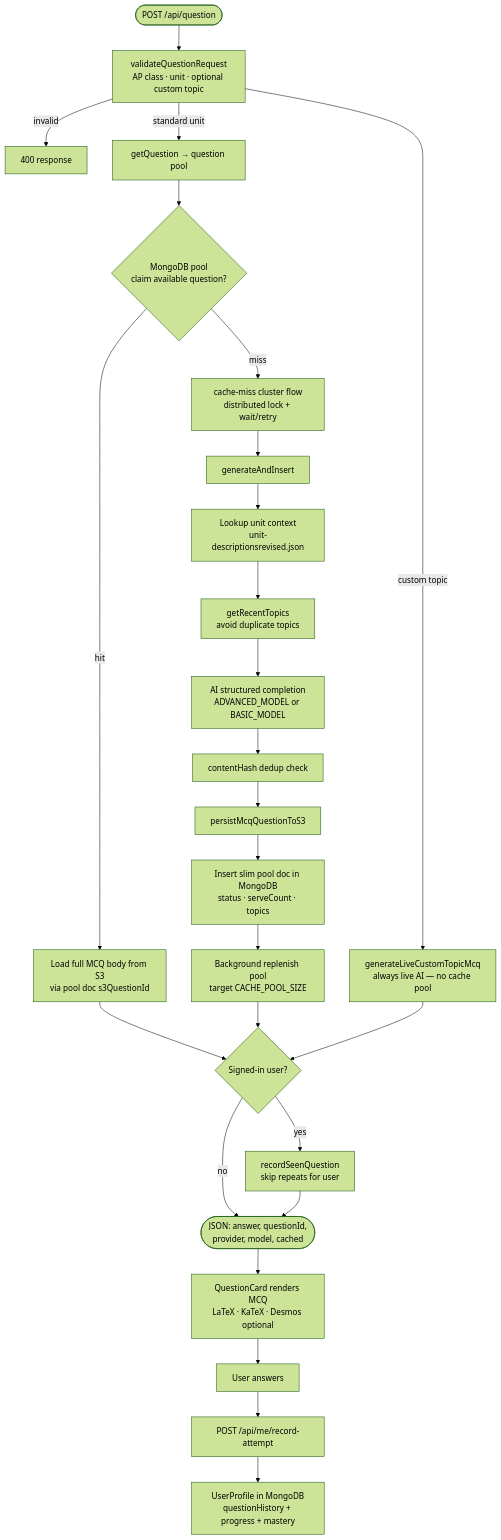
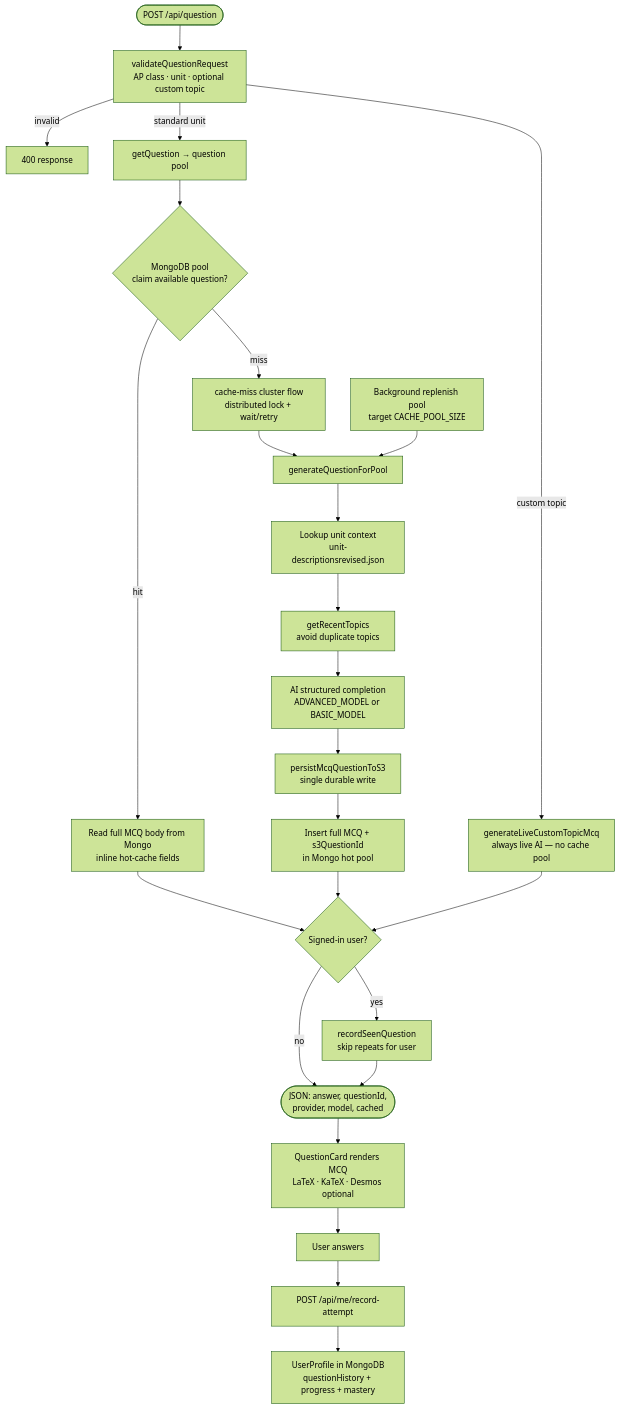
Before and after one commit to 5cisummai/freeappractice: the fourth of 7 diagrams in docs/architecture.md, drawn with Mermaid (forest theme). The commit also changed other lines of this file and 17 other files, not shown here.

````diff
--- a/docs/architecture.md
+++ b/docs/architecture.md
@@ -150,32 +150,31 @@
 ```mermaid
 flowchart TD
     Start(["POST /api/question"]) --> Validate["validateQuestionRequest<br/>AP class · unit · optional custom topic"]
     Validate -->|invalid| Err400["400 response"]
     Validate -->|custom topic| Live["generateLiveCustomTopicMcq<br/>always live AI — no cache pool"]
     Validate -->|standard unit| Pool["getQuestion → question pool"]
 
     Pool --> Claim{"MongoDB pool<br/>claim available question?"}
-    Claim -->|hit| LoadS3["Load full MCQ body from S3<br/>via pool doc s3QuestionId"]
+    Claim -->|hit| LoadInline["Read full MCQ body from Mongo<br/>inline hot-cache fields"]
     Claim -->|miss| MissFlow["cache-miss cluster flow<br/>distributed lock + wait/retry"]
-    MissFlow --> GenInsert["generateAndInsert"]
+    MissFlow --> GenPool["generateQuestionForPool"]
 
-    GenInsert --> UnitCtx["Lookup unit context<br/>unit-descriptionsrevised.json"]
+    Replenish["Background replenish pool<br/>target CACHE_POOL_SIZE"] --> GenPool
+    GenPool --> UnitCtx["Lookup unit context<br/>unit-descriptionsrevised.json"]
     UnitCtx --> Recent["getRecentTopics<br/>avoid duplicate topics"]
     Recent --> AI["AI structured completion<br/>ADVANCED_MODEL or BASIC_MODEL"]
-    AI --> Hash["contentHash dedup check"]
-    Hash --> S3Write["persistMcqQuestionToS3"]
-    S3Write --> SlimDoc["Insert slim pool doc in MongoDB<br/>status · serveCount · topics"]
-    SlimDoc --> Replenish["Background replenish pool<br/>target CACHE_POOL_SIZE"]
+    AI --> S3Write["persistMcqQuestionToS3<br/>single durable write"]
+    S3Write --> HotDoc["Insert full MCQ + s3QuestionId<br/>in Mongo hot pool"]
 
-    LoadS3 --> Seen{"Signed-in user?"}
-    Replenish --> Seen
+    LoadInline --> Seen{"Signed-in user?"}
+    HotDoc --> Seen
     Live --> Seen
     Seen -->|yes| SeenDB["recordSeenQuestion<br/>skip repeats for user"]
     Seen -->|no| Return
     SeenDB --> Return(["JSON: answer, questionId,<br/>provider, model, cached"])
 
     Return --> UI["QuestionCard renders MCQ<br/>LaTeX · KaTeX · Desmos optional"]
     UI --> Attempt["User answers"]
     Attempt --> Record["POST /api/me/record-attempt"]
     Record --> Profile["UserProfile in MongoDB<br/>questionHistory + progress + mastery"]
 ```
````
